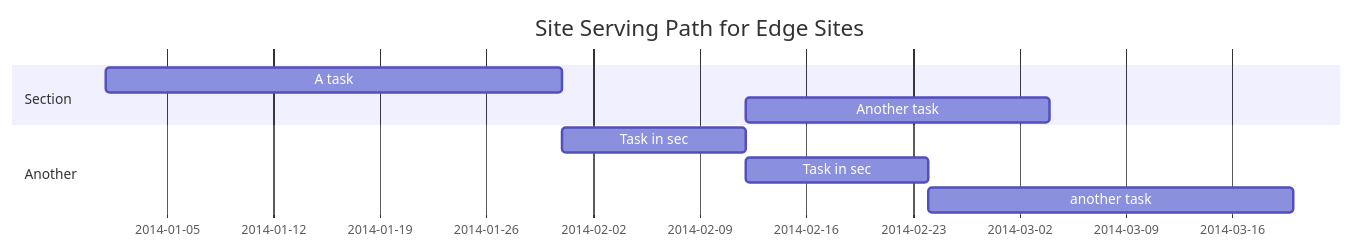
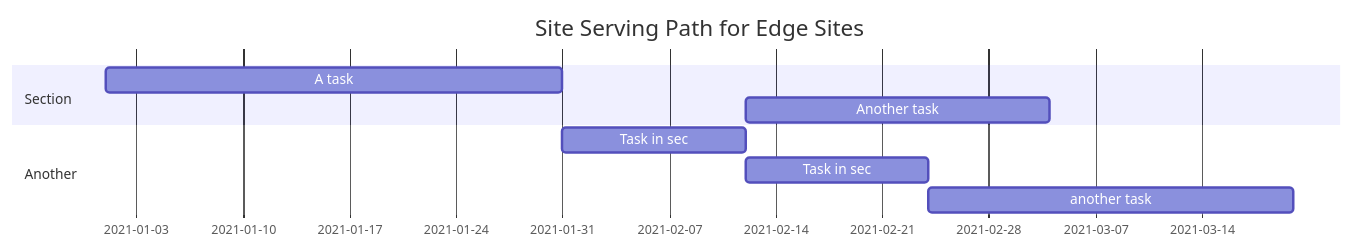
One commit to mattalexander-pantheon/edge-sites-planning changed the diagram in diagram.md. Above: the diagram before and after it, drawn with Mermaid. The commit also changed other lines of this file, not shown here.

Commit message:
misc fixing

````diff
--- a/diagram.md
+++ b/diagram.md
@@ -10,14 +10,14 @@
 ```mermaid
 gantt
     title Site Serving Path for Edge Sites
-    dateFormat  MM/DD
+    dateFormat  MM-DD
 
     section Section
-    A task           :a1, 2014-01-01, 30d
+    A task           :a1, 01-01, 30d
     Another task     :after a  , 20d
 
     section Another
     Task in sec      :a,after a1, 12d
     Task in sec      :after a, 12d
     another task      : 24d
 ```
````
